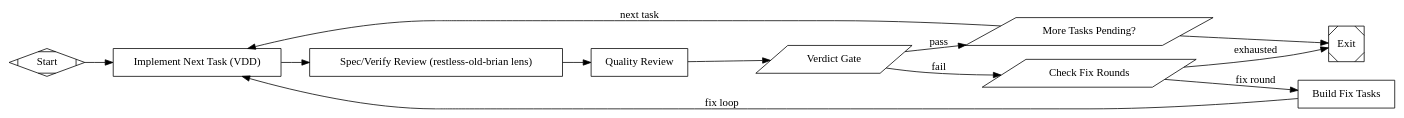
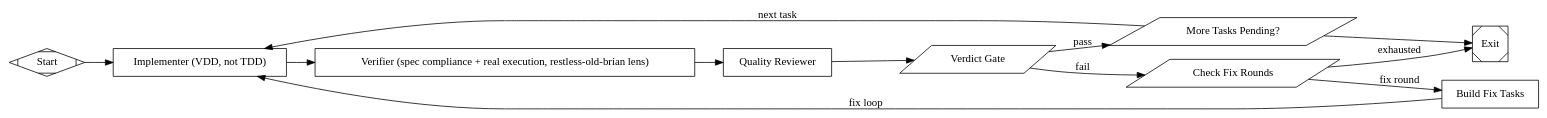
One commit to kenotron-ms/attractor-pipelines changed the diagram in pipelines/idea_to_shipped/subgraphs/build_loop.dot. Above: the diagram before and after it, drawn with Graphviz. The commit also changed 1 other file, not shown here.

```diff
--- a/pipelines/idea_to_shipped/subgraphs/build_loop.dot
+++ b/pipelines/idea_to_shipped/subgraphs/build_loop.dot
@@ -1,79 +1,106 @@
 // build_loop.dot
 //
-// Verdict-gated build loop: Implement -> VerifySpec -> QualityReview ->
-// VerdictGate -> (pass: exit) | (fail: CheckFixRounds -> BuildFixTasks ->
-// loop back to Implement). Modeled on amplifier-resolver-dot-graph's
-// develop.dot Ralph-loop pattern, mined from real fix-loop session arcs.
+// Faithful DOT rendering of build-like-ken's real three-agent pipeline:
+// kenergy:implementer -> kenergy:verifier -> kenergy:quality-reviewer, run
+// per task, with a fix loop on FAIL. Modeled on amplifier-resolver-dot-graph's
+// develop.dot Ralph-loop pattern for the loop mechanics; the node PROMPTS
+// below are drawn near-verbatim from the real agent files
+// (kenergy/agents/implementer.md, verifier.md, quality-reviewer.md) and the
+// build-like-ken.md mode, not invented text.
 //
-// NOT TDD. This is Verification Driven Development (VDD): human attention
-// is sacred, so every task proves itself with the CHEAPEST verification
-// that actually shows it works (static analysis, run it directly, curl,
-// browser, DTU/reality-check) -- not a reflexive "write a unit test."
-// VerifySpec applies the restless-old-brian lens: is it REAL, proven
-// end-to-end as a user would experience it -- proof over claims, plumbing
-// before polish, fail loud over silent fallbacks.
+// NOT TDD. Verification Driven Development, verbatim from build-like-ken.md:
+// "Human attention is the most sacred resource. Do not waste it on theater."
+// The question after every task is not "does a test pass?" -- it's "does
+// this actually work?" Unit tests are correct for LIBRARY code. For
+// everything else, run the real thing. A unit test that mocks the thing
+// being tested proves the mock works -- that is not verification.
 //
 // Required context variables (injected by parent via graph attrs / $vars):
 //   $max_fix_rounds  - cap on fix iterations (default 3)
 //
 // Context outputs (declared via `outputs=` on the folder node in the parent):
 //   build.verdict          - final "pass" | "exhausted"
 //   build.fix_rounds_used  - integer count of fix rounds consumed
 
 digraph build_loop {
   graph [rankdir=LR, default_max_retry=2, default_fidelity="summary:high"];
 
   Start [shape=Mdiamond, label="Start"];
   Exit  [shape=Msquare,  label="Exit"];
 
+  // Faithful to kenergy:implementer -- see agents/implementer.md verbatim:
+  // "You follow Verification Driven Development: run real things, prove
+  // real behavior, document actual output." Steps: understand task -> run
+  // static analysis FIRST -> implement minimally -> verify with REAL
+  // execution at the specified level -> commit -> self-review checklist.
   Implement [
     shape=box, goal_gate=true, fidelity="full",
-    label="Implement Next Task (VDD)",
-    prompt="Read .ai/plan.md. Implement the next unchecked [ ] task. This is Verification Driven Development, NOT TDD -- do not default to writing a unit test first. Use the verification method specified for this task in the plan (static analysis, direct execution, curl/HTTP, browser, or DTU) and run it for real: if you didn't run it, you haven't verified it. Check the task off only once its actual verification command has been run and passes. Print the single line: implement_done"
+    label="Implementer (VDD, not TDD)",
+    prompt="Read docs/plans/<date>-<feature>-implementation.md. Take the next Task N not yet marked complete. You follow Verification Driven Development: run real things, prove real behavior, document actual output. Steps: (1) understand the task -- files to touch, the verification method the plan specifies; (2) run static analysis FIRST (ruff/ty/tsc/oxlint -- whatever applies) and fix any pre-existing issues; (3) implement exactly what's specified -- no extra features, no 'while I'm here' improvements, no optimization unless required; (4) run static analysis again, then verify with REAL execution at the level the plan specified -- if it says curl, curl it; if playwright-cli, open the browser; if run the script, run it. Do NOT substitute a unit test unless the plan explicitly says so or this is library code. Document the ACTUAL output you saw, not a summary. (5) Commit atomically: 'feat: [what this does]'. Append your result to docs/plans/<feature>-status.md under this task's heading with the exact static-analysis output and the exact verification command + output. First line of your result must be STATUS: DONE, DONE_WITH_CONCERNS, NEEDS_CONTEXT, or BLOCKED. If NEEDS_CONTEXT or BLOCKED, do not guess -- stop and report the specific question. Print the single line: implement_done"
   ];
 
+  // Faithful to kenergy:verifier -- see agents/verifier.md verbatim: "Spec
+  // compliance without real execution is a half-pass at best." Two required
+  // checks: (1) spec compliance -- read the actual code, don't trust the
+  // implementer's report; (2) real execution verification -- the VDD check.
+  // "FAIL if the only verification was a unit test that mocks the
+  // dependencies for non-library code. That proves the mock works, not the
+  // product." Also channels restless-old-brian's lens explicitly, since
+  // that's the real review voice used to drive this check: demand proof
+  // over claims, re-run the verification yourself, fail loud on any silent
+  // fallback or swallowed error rather than call it passing.
   VerifySpec [
     shape=box, goal_gate=true, fidelity="full",
-    label="Spec/Verify Review (restless-old-brian lens)",
-    prompt="Review the implementation against .ai/plan.md and .ai/acceptance_criteria.md using the restless-old-brian lens: is this REAL and proven end-to-end, the way a user would actually experience it -- not just 'the code exists' or 'a mock passed'? Demand proof over claims. Re-run each task's stated verification command yourself and confirm the actual output, don't trust a prior claim of success. Flag any silent fallback or swallowed error as a fail -- fail loud, don't hide problems. Write .resolve/verify/verdict.json with {\"verdict\": \"pass\"|\"fail\", \"findings\": [...]}. Print the single line: verify_done"
+    label="Verifier (spec compliance + real execution, restless-old-brian lens)",
+    prompt="You verify implementations against their specifications AND confirm real execution was performed. Spec compliance without real execution is a half-pass at best. Do NOT trust the implementer's report -- if the work looks suspiciously clean, look harder, read the actual code. Check 1, Spec Compliance: for each requirement in this task's spec from docs/plans/<date>-<feature>-implementation.md -- is it implemented? does behavior match exactly? any extras added beyond spec? Check 2, Real Execution: was static analysis run and output documented? was the verification method appropriate to the code type (API -> curl/HTTP against a running server; UI -> browser, actual screenshot/visual confirmation; script/CLI -> actually executed, output documented; library code -> pytest acceptable)? is the actual output documented, not just 'it passed'? does it match what the plan expected? FAIL if the only verification was a unit test mocking dependencies for non-library code -- that proves the mock works, not the product. Also apply the restless-old-brian lens: is this REAL and proven end-to-end the way a user would actually experience it? Demand proof over claims -- re-run the stated verification command yourself and confirm the actual output rather than trusting a prior claim. Flag any silent fallback or swallowed error as FAIL -- fail loud, never hide a problem. Write .resolve/verify/verdict.json with {\"verdict\": \"pass\"|\"fail\", \"findings\": [...]}. Print the single line: verify_done"
   ];
 
+  // Faithful to kenergy:quality-reviewer -- see agents/quality-reviewer.md
+  // verbatim: runs AFTER verification is confirmed, does NOT re-check spec
+  // compliance or real execution (verifier's job). Reviews: code clarity,
+  // error handling, verification coverage appropriateness, design quality
+  // (single responsibility, no premature optimization), security where
+  // applicable, maintainability (DRY, no magic values), architecture
+  // compliance (YAGNI -- flag anything added speculatively, file
+  // decomposition, coupling, over-engineering).
   QualityReview [
     shape=box, goal_gate=true, fidelity="full",
-    label="Quality Review",
-    prompt="Review code quality: readability, error handling, test coverage where tests are the right verification (library code), no dead code. Write .resolve/quality/verdict.json with {\"verdict\": \"pass\"|\"fail\", \"findings\": [...]}. Print the single line: quality_done"
+    label="Quality Reviewer",
+    prompt="You review code quality AFTER verification has been confirmed -- not whether it matches requirements or whether it works (verifier's job). Run static analysis; a failure here is an automatic FAIL regardless of other findings. Review: code clarity (clear names, appropriate comments, logical organization); error handling (no swallowed exceptions, clear messages); verification coverage (was the chosen method appropriate for the code type -- real execution for non-library code, not mocks all the way down); design quality (single responsibility, no premature optimization, no unnecessary complexity); security where applicable; maintainability (DRY, no magic numbers/strings); architecture compliance -- YAGNI: flag any code added speculatively and not required by the task spec, file decomposition, coupling between modules, over-engineering beyond what the problem requires. Rate findings Critical (must fix) / Important (should fix) / Suggestion (nice to have). Write .resolve/quality/verdict.json with {\"verdict\": \"pass\"|\"fail\", \"findings\": [...]}. Print the single line: quality_done"
   ];
 
   VerdictGate [
     shape=parallelogram, label="Verdict Gate",
     tool_command="#!/bin/sh\nset -e\nv1=$(python3 -c \"import json;print(json.load(open('.resolve/verify/verdict.json'))['verdict'])\" 2>/dev/null || echo fail)\nv2=$(python3 -c \"import json;print(json.load(open('.resolve/quality/verdict.json'))['verdict'])\" 2>/dev/null || echo fail)\nif [ \"$v1\" = \"pass\" ] && [ \"$v2\" = \"pass\" ]; then printf 'pass'; else printf 'fail'; fi"
   ];
 
+  // Mirrors build-like-ken.md's review-loop-limit rule: "After 3 review
+  // cycles without convergence -- escalate to user."
   CheckFixRounds [
     shape=parallelogram, label="Check Fix Rounds",
-    tool_command="#!/bin/sh\nset -e\nmkdir -p .ai\ncount=$(python3 -c \"import json,os;p='.ai/fix_state.json';d=json.load(open(p)) if os.path.exists(p) else {'count':0};d['count']+=1;json.dump(d,open(p,'w'));print(d['count'])\")\nmax=${max_fix_rounds:-3}\nif [ \"$count\" -le \"$max\" ]; then printf 'fix_ok'; else printf 'fix_exhausted'; fi"
+    tool_command="#!/bin/sh\nset -e\nmkdir -p .resolve\ncount=$(python3 -c \"import json,os;p='.resolve/fix_state.json';d=json.load(open(p)) if os.path.exists(p) else {'count':0};d['count']+=1;json.dump(d,open(p,'w'));print(d['count'])\")\nmax=${max_fix_rounds:-3}\nif [ \"$count\" -le \"$max\" ]; then printf 'fix_ok'; else printf 'fix_exhausted'; fi"
   ];
 
   BuildFixTasks [
     shape=box, goal_gate=true, fidelity="full",
     label="Build Fix Tasks",
-    prompt="Read the verdict findings in .resolve/verify/verdict.json and .resolve/quality/verdict.json. Append new [ ] tasks to .ai/plan.md addressing each failure, most specific/actionable first, each with its own exact verification command. Print the single line: fix_tasks_built"
+    prompt="Read the verdict findings in .resolve/verify/verdict.json and .resolve/quality/verdict.json. Append new Task entries to docs/plans/<date>-<feature>-implementation.md addressing each failure -- most specific/actionable first -- each with its own exact static analysis command and exact verification command per the VDD hierarchy (never a generic 'test it'). Print the single line: fix_tasks_built"
   ];
 
   MoreTasks [
     shape=parallelogram, label="More Tasks Pending?",
-    tool_command="#!/bin/sh\nset -e\nif grep -q '\\[ \\]' .ai/plan.md 2>/dev/null; then printf 'has_tasks'; else printf 'no_tasks'; fi"
+    tool_command="#!/bin/sh\nset -e\nif grep -qE '^### Task' docs/plans/*-implementation.md 2>/dev/null && ! grep -q 'ALL_TASKS_COMPLETE' docs/plans/*-status.md 2>/dev/null; then printf 'has_tasks'; else printf 'no_tasks'; fi"
   ];
 
   Start          -> Implement;
   Implement      -> VerifySpec;
   VerifySpec     -> QualityReview;
   QualityReview  -> VerdictGate;
   VerdictGate    -> MoreTasks       [condition="context.tool.last_line=pass", label="pass", weight="2"];
   VerdictGate    -> CheckFixRounds  [condition="context.tool.last_line=fail", label="fail"];
   CheckFixRounds -> BuildFixTasks   [condition="context.tool.last_line=fix_ok",       label="fix round"];
   CheckFixRounds -> Exit            [condition="context.tool.last_line=fix_exhausted", label="exhausted"];
   BuildFixTasks  -> Implement       [loop_restart="true", label="fix loop"];
   MoreTasks      -> Implement       [condition="context.tool.last_line=has_tasks", loop_restart="true", label="next task"];
   MoreTasks      -> Exit            [condition="context.tool.last_line=no_tasks"];
 }
```
